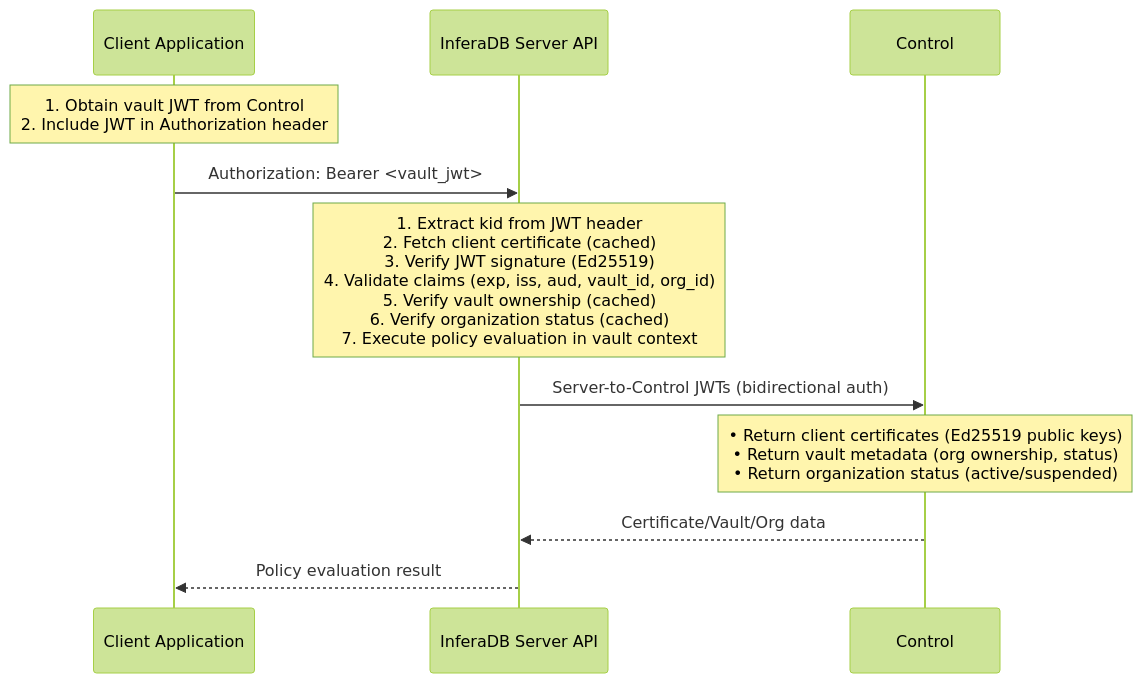
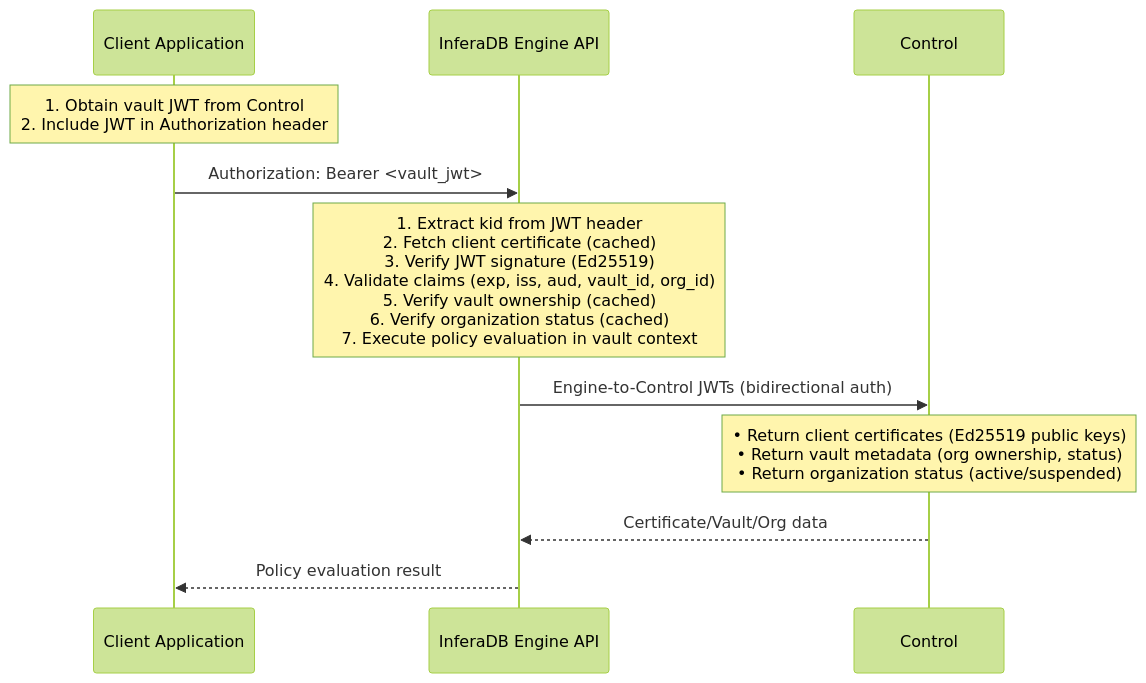
The diagram in docs/authentication.md (inferadb/engine), drawn with Mermaid (forest theme) before and after one commit. The commit also changed other lines of this file and 7 other files, not shown here.

````diff
--- a/docs/authentication.md
+++ b/docs/authentication.md
@@ -29,19 +29,19 @@
 ```mermaid
 sequenceDiagram
     participant Client as Client Application
-    participant Server as InferaDB Server API
+    participant Engine as InferaDB Engine API
     participant Control as Control
 
     Note over Client: 1. Obtain vault JWT from Control<br/>2. Include JWT in Authorization header
 
-    Client->>Server: Authorization: Bearer <vault_jwt>
+    Client->>Engine: Authorization: Bearer <vault_jwt>
 
-    Note over Server: 1. Extract kid from JWT header<br/>2. Fetch client certificate (cached)<br/>3. Verify JWT signature (Ed25519)<br/>4. Validate claims (exp, iss, aud, vault_id, org_id)<br/>5. Verify vault ownership (cached)<br/>6. Verify organization status (cached)<br/>7. Execute policy evaluation in vault context
+    Note over Engine: 1. Extract kid from JWT header<br/>2. Fetch client certificate (cached)<br/>3. Verify JWT signature (Ed25519)<br/>4. Validate claims (exp, iss, aud, vault_id, org_id)<br/>5. Verify vault ownership (cached)<br/>6. Verify organization status (cached)<br/>7. Execute policy evaluation in vault context
 
-    Server->>Control: Server-to-Control JWTs (bidirectional auth)
+    Engine->>Control: Engine-to-Control JWTs (bidirectional auth)
 
     Note over Control: • Return client certificates (Ed25519 public keys)<br/>• Return vault metadata (org ownership, status)<br/>• Return organization status (active/suspended)
 
-    Control-->>Server: Certificate/Vault/Org data
-    Server-->>Client: Policy evaluation result
+    Control-->>Engine: Certificate/Vault/Org data
+    Engine-->>Client: Policy evaluation result
 ```
````
